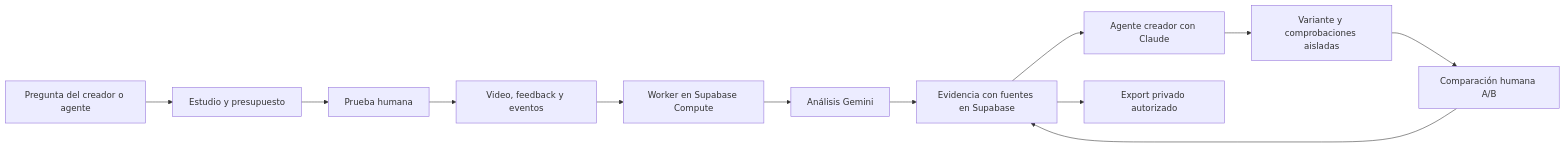
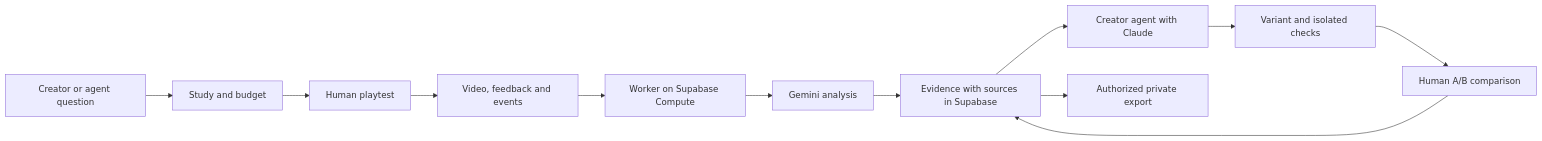
Before and after one commit to MartinPuli/funlabs: the diagram in FUNLABS.md, drawn with Mermaid. The commit also changed other lines of this file and 114 other files, not shown here.

````diff
--- a/FUNLABS.md
+++ b/FUNLABS.md
@@ -277,14 +278,14 @@
 ```mermaid
 flowchart LR
-    Request[Pregunta del creador o agente] --> Study[Estudio y presupuesto]
-    Study --> Human[Prueba humana]
-    Human --> Capture[Video, feedback y eventos]
-    Capture --> Worker[Worker en Supabase Compute]
-    Worker --> Gemini[Análisis Gemini]
-    Gemini --> Evidence[Evidencia con fuentes en Supabase]
-    Evidence --> Claude[Agente creador con Claude]
-    Claude --> Sandbox[Variante y comprobaciones aisladas]
-    Sandbox --> Compare[Comparación humana A/B]
+    Request[Creator or agent question] --> Study[Study and budget]
+    Study --> Human[Human playtest]
+    Human --> Capture[Video, feedback and events]
+    Capture --> Worker[Worker on Supabase Compute]
+    Worker --> Gemini[Gemini analysis]
+    Gemini --> Evidence[Evidence with sources in Supabase]
+    Evidence --> Claude[Creator agent with Claude]
+    Claude --> Sandbox[Variant and isolated checks]
+    Sandbox --> Compare[Human A/B comparison]
     Compare --> Evidence
-    Evidence --> Export[Export privado autorizado]
+    Evidence --> Export[Authorized private export]
 ```
````
